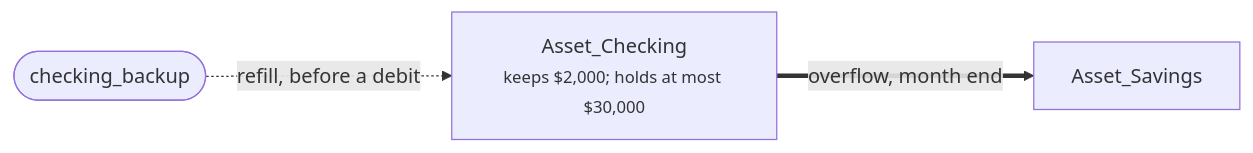
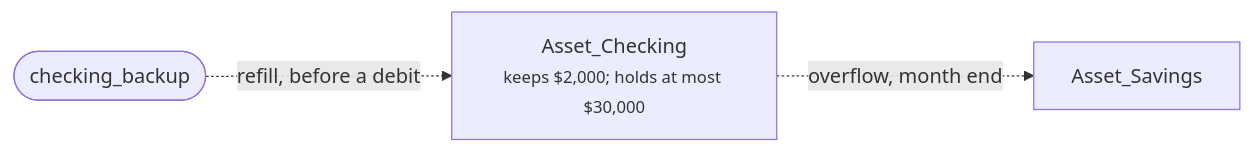
The third of 3 diagrams in docs/guides/chains.md (BobKerns/analysis), drawn with Mermaid before and after one commit. The commit also changed other lines of this file and 32 other files, not shown here.

````diff
--- a/docs/guides/chains.md
+++ b/docs/guides/chains.md
@@ -266,5 +278,5 @@
 ```mermaid
 flowchart LR
     backup(["checking_backup"]) -.->|"refill, before a debit"| chk["Asset_Checking<br/><small>keeps $2,000; holds at most $30,000</small>"]
-    chk ==>|"overflow, month end"| sav["Asset_Savings"]
+    chk -.->|"overflow, month end"| sav["Asset_Savings"]
 ```
````
